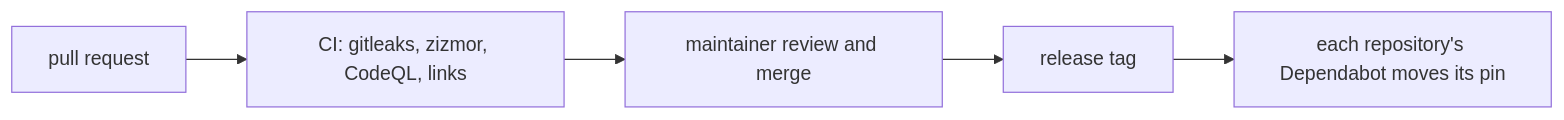
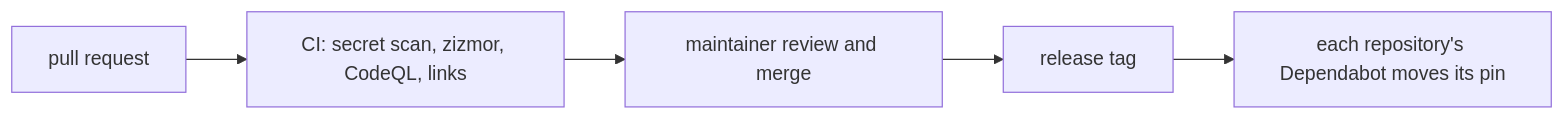
One commit to Vercroft/.github changed the diagram in README.md. Above: the diagram before and after it, drawn with Mermaid. The commit also changed other lines of this file and 4 other files, not shown here.

First line of the commit message:
Name the shared secret scan for what it checks

````diff
--- a/README.md
+++ b/README.md
@@ -10,7 +10,7 @@
 ```mermaid
 flowchart LR
-  P["pull request"] --> C["CI: gitleaks, zizmor, CodeQL, links"]
+  P["pull request"] --> C["CI: secret scan, zizmor, CodeQL, links"]
   C --> R["maintainer review and merge"]
   R --> T["release tag"]
   T --> U["each repository's Dependabot moves its pin"]
 ```
````
